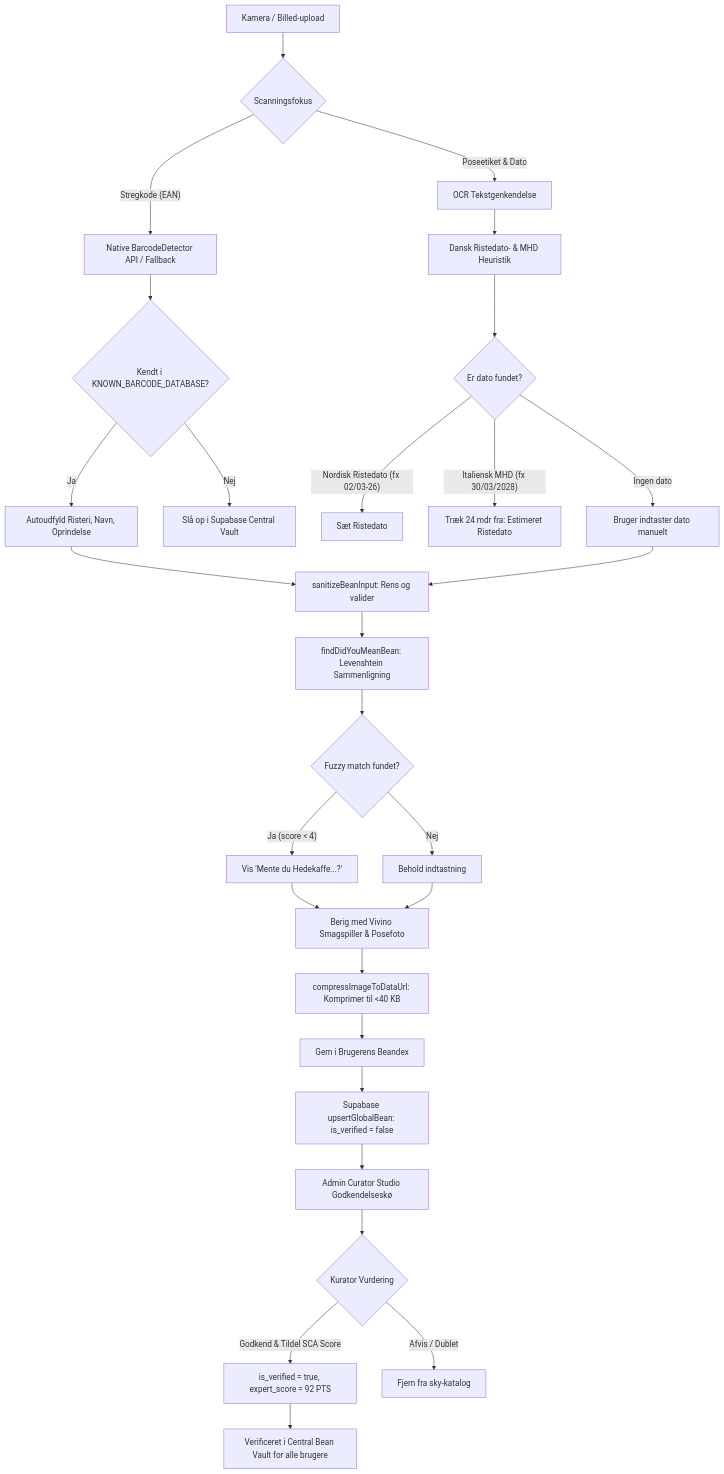
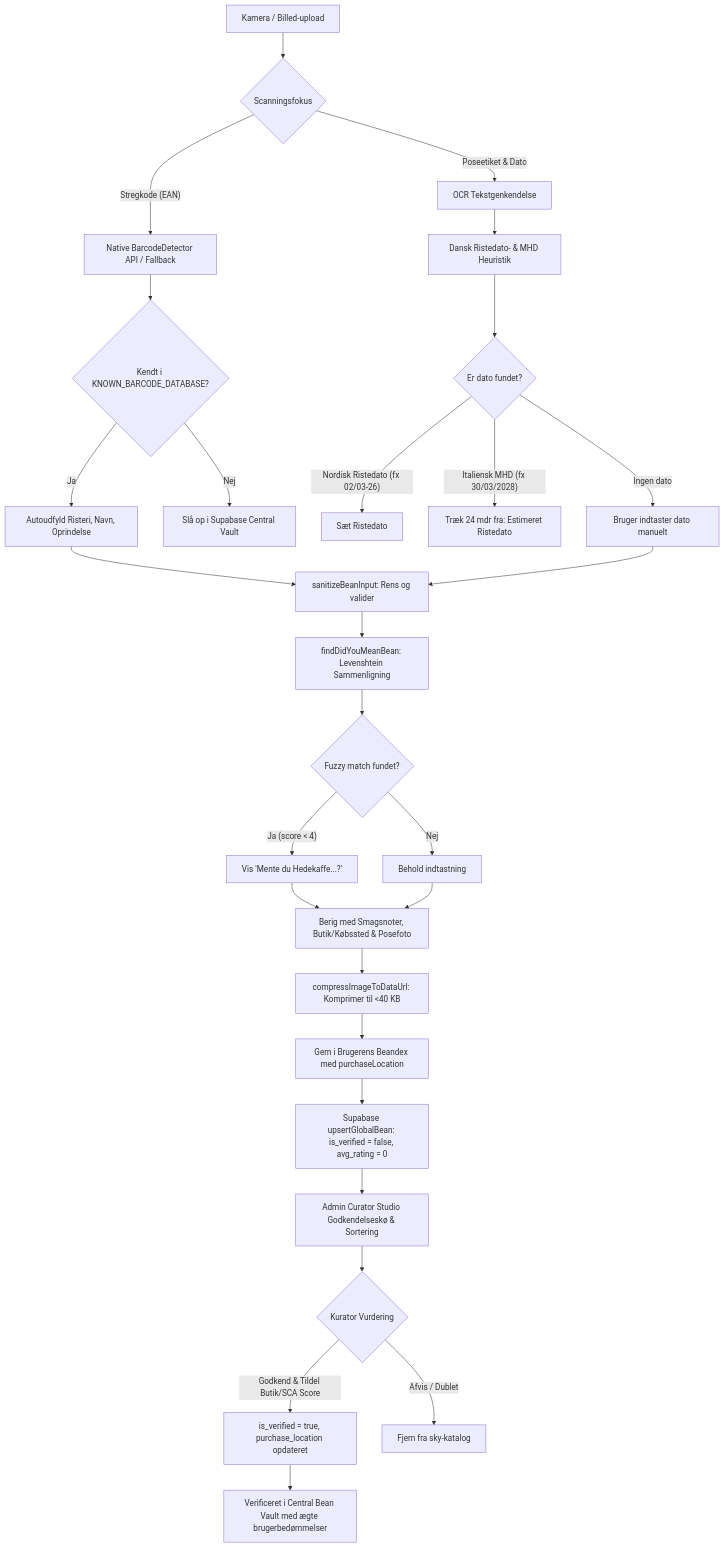
One commit to MichaelKHans/EspressoFlow changed the third of 5 diagrams in ARCHITECTURE.md. Above: the diagram before and after it, drawn with Mermaid. The commit also changed other lines of this file and 10 other files, not shown here.

````diff
--- a/ARCHITECTURE.md
+++ b/ARCHITECTURE.md
@@ -150,39 +150,39 @@
 ```mermaid
 flowchart TD
     %% Scanning
     CamFeed[Kamera / Billed-upload] --> ScanType{Scanningsfokus}
     
     ScanType -- Stregkode (EAN) --> BarcodeDecoder[Native BarcodeDetector API / Fallback]
     BarcodeDecoder --> LocalDB{Kendt i KNOWN_BARCODE_DATABASE?}
     LocalDB -- Ja --> FillMeta[Autoudfyld Risteri, Navn, Oprindelse]
     LocalDB -- Nej --> QueryCloud[Slå op i Supabase Central Vault]
 
     ScanType -- Poseetiket & Dato --> OCRBag[OCR Tekstgenkendelse]
     OCRBag --> DateParser[Dansk Ristedato- & MHD Heuristik]
     DateParser --> DateCheck{Er dato fundet?}
     DateCheck -- Nordisk Ristedato (fx 02/03-26) --> ExtractRoastDate[Sæt Ristedato]
     DateCheck -- Italiensk MHD (fx 30/03/2028) --> Subtract24Months[Træk 24 mdr fra: Estimeret Ristedato]
     DateCheck -- Ingen dato --> ManualDate[Bruger indtaster dato manuelt]
 
     %% Vivino Autocomplete & Kvalitet
     FillMeta --> NameSanitizer[sanitizeBeanInput: Rens og valider]
     ManualDate --> NameSanitizer
     NameSanitizer --> FuzzyMatch[findDidYouMeanBean: Levenshtein Sammenligning]
     FuzzyMatch --> DidYouMean{Fuzzy match fundet?}
     DidYouMean -- Ja (score < 4) --> SuggestBanner[Vis 'Mente du Hedekaffe...?']
     DidYouMean -- Nej --> RetainInput[Behold indtastning]
 
     %% Berigelse
-    SuggestBanner --> EnrichBean[Berig med Vivino Smagspiller & Posefoto]
+    SuggestBanner --> EnrichBean[Berig med Smagsnoter, Butik/Købssted & Posefoto]
     RetainInput --> EnrichBean
     EnrichBean --> CompressPhoto[compressImageToDataUrl: Komprimer til <40 KB]
-    CompressPhoto --> SaveBeandex[Gem i Brugerens Beandex]
+    CompressPhoto --> SaveBeandex[Gem i Brugerens Beandex med purchaseLocation]
 
     %% Sky & Kurator
-    SaveBeandex --> PushCloud[Supabase upsertGlobalBean: is_verified = false]
-    PushCloud --> CuratorQueue[Admin Curator Studio Godkendelseskø]
+    SaveBeandex --> PushCloud[Supabase upsertGlobalBean: is_verified = false, avg_rating = 0]
+    PushCloud --> CuratorQueue[Admin Curator Studio Godkendelseskø & Sortering]
     CuratorQueue --> AdminAction{Kurator Vurdering}
-    AdminAction -- Godkend & Tildel SCA Score --> VerifyBean[is_verified = true, expert_score = 92 PTS]
+    AdminAction -- Godkend & Tildel Butik/SCA Score --> VerifyBean[is_verified = true, purchase_location opdateret]
     AdminAction -- Afvis / Dublet --> DeleteBean[Fjern fra sky-katalog]
-    VerifyBean --> LiveVault[Verificeret i Central Bean Vault for alle brugere]
+    VerifyBean --> LiveVault[Verificeret i Central Bean Vault med ægte brugerbedømmelser]
 ```
````
